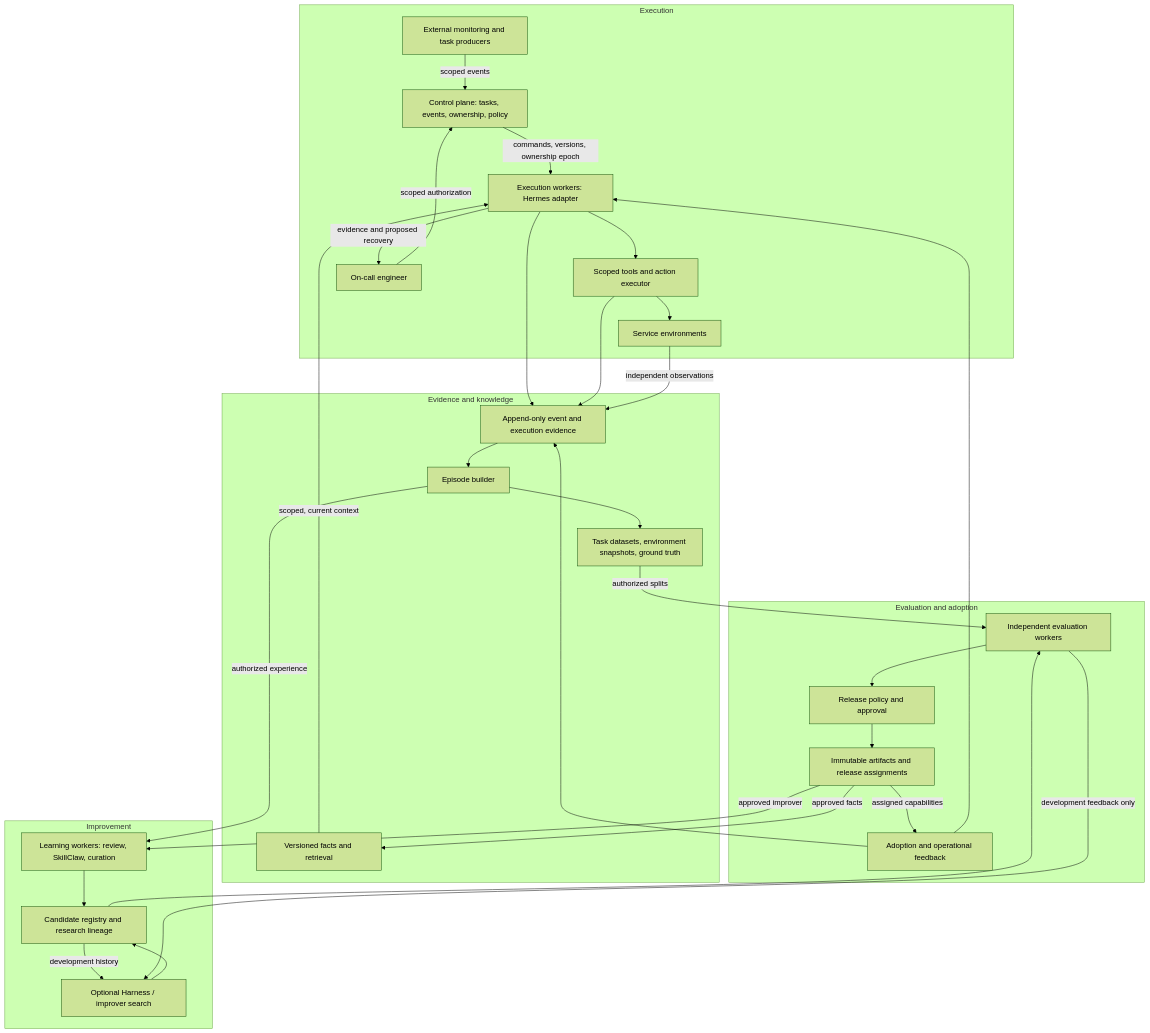
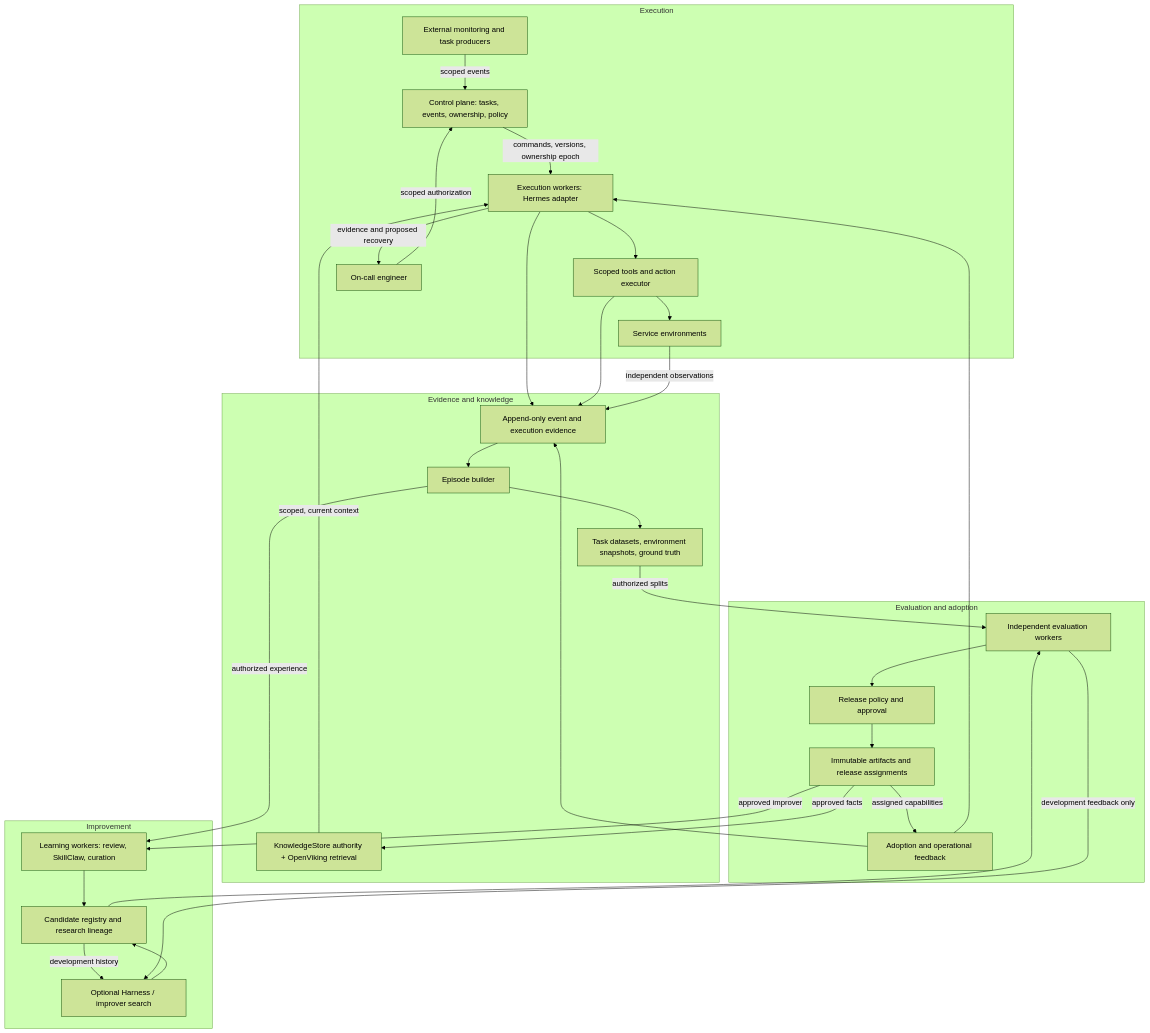
The first of 2 diagrams in docs/architecture/TARGET-ARCHITECTURE.md (tylerelyt/self-evolving-agent-harness), drawn with Mermaid (forest theme) before and after one commit. The commit also changed other lines of this file and 35 other files, not shown here.

First line of the commit message:
feat(memory): integrate persistent OpenViking knowledge into on-call

````diff
--- a/docs/architecture/TARGET-ARCHITECTURE.md
+++ b/docs/architecture/TARGET-ARCHITECTURE.md
@@ -19,50 +19,50 @@
 ```mermaid
 flowchart TB
   subgraph execution[Execution]
     MON[External monitoring and task producers]
     CP[Control plane: tasks, events, ownership, policy]
     RT[Execution workers: Hermes adapter]
     TOOLS[Scoped tools and action executor]
     WORLD[Service environments]
     HUMAN[On-call engineer]
     MON -->|scoped events| CP
     CP -->|commands, versions, ownership epoch| RT
     RT --> TOOLS --> WORLD
     RT -->|evidence and proposed recovery| HUMAN
     HUMAN -->|scoped authorization| CP
   end
   subgraph knowledge[Evidence and knowledge]
     LOG[Append-only event and execution evidence]
     EP[Episode builder]
-    MEM[Versioned facts and retrieval]
+    MEM[KnowledgeStore authority + OpenViking retrieval]
     DS[Task datasets, environment snapshots, ground truth]
     RT --> LOG
     TOOLS --> LOG
     WORLD -->|independent observations| LOG
     LOG --> EP
     EP --> DS
     MEM -->|scoped, current context| RT
   end
   subgraph improvement[Improvement]
     LEARN[Learning workers: review, SkillClaw, curation]
     REG[Candidate registry and research lineage]
     SEARCH[Optional Harness / improver search]
     EP -->|authorized experience| LEARN
     LEARN --> REG
     REG -->|development history| SEARCH --> REG
   end
   subgraph adoption[Evaluation and adoption]
     EVAL[Independent evaluation workers]
     GATE[Release policy and approval]
     REL[Immutable artifacts and release assignments]
     USE[Adoption and operational feedback]
     REG --> EVAL
     DS -->|authorized splits| EVAL
     EVAL --> GATE --> REL
     REL -->|approved facts| MEM
     REL -->|assigned capabilities| USE --> RT
     USE --> LOG
     EVAL -->|development feedback only| SEARCH
     REL -->|approved improver| LEARN
   end
 ```
````
